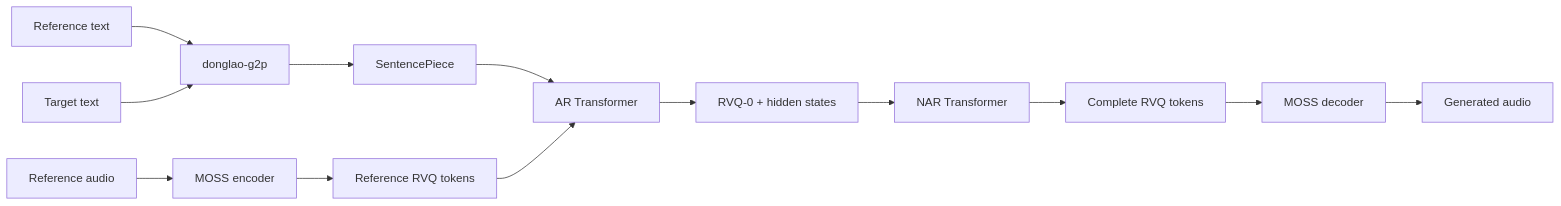
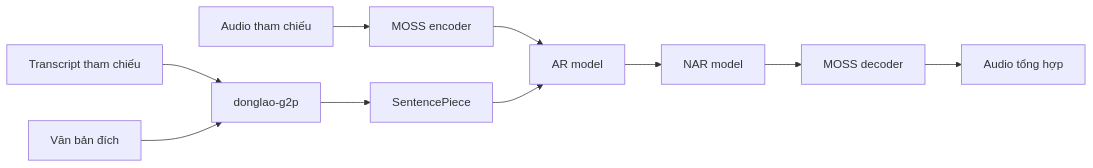
The diagram in README.vi.md (DongLaoAI/donglao-tts), drawn with Mermaid before and after one commit. The commit also changed other lines of this file and 4 other files, not shown here.

````diff
--- a/README.vi.md
+++ b/README.vi.md
@@ -65,15 +172,12 @@
 ```mermaid
 flowchart LR
-    RA[Reference audio] --> ENC[MOSS encoder]
-    RT[Reference text] --> G2P[donglao-g2p]
-    TT[Target text] --> G2P
+    RA[Audio tham chiếu] --> ENC[MOSS encoder]
+    RT[Transcript tham chiếu] --> G2P[donglao-g2p]
+    TT[Văn bản đích] --> G2P
     G2P --> SPM[SentencePiece]
-    ENC --> RC[Reference RVQ tokens]
-    SPM --> AR[AR Transformer]
-    RC --> AR
-    AR --> Q0[RVQ-0 + hidden states]
-    Q0 --> NAR[NAR Transformer]
-    NAR --> RQ[Complete RVQ tokens]
-    RQ --> DEC[MOSS decoder]
-    DEC --> WAV[Generated audio]
+    ENC --> AR[AR model]
+    SPM --> AR
+    AR --> NAR[NAR model]
+    NAR --> DEC[MOSS decoder]
+    DEC --> WAV[Audio tổng hợp]
 ```
````
